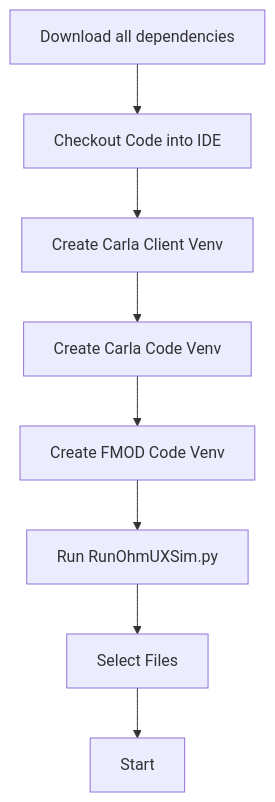
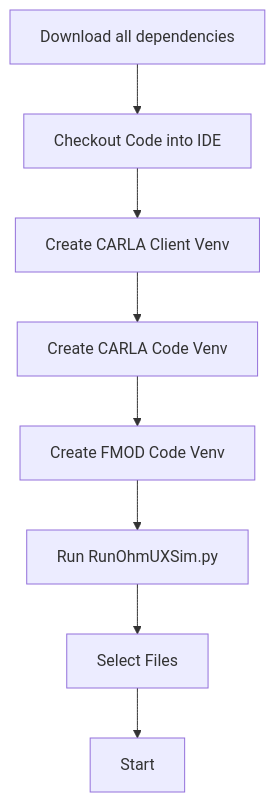
Before and after one commit to yjikong/carla-audio-engine: the diagram in README.md, drawn with Mermaid. The commit also changed other lines of this file, not shown here.

````diff
--- a/README.md
+++ b/README.md
@@ -42,10 +42,10 @@
 ```mermaid
 flowchart TD
   A[Download all dependencies] --> B[Checkout Code into IDE]
-  B --> C[Create Carla Client Venv]
-  C --> D[Create Carla Code Venv]
+  B --> C[Create CARLA Client Venv]
+  C --> D[Create CARLA Code Venv]
   D --> E[Create FMOD Code Venv]
   E --> F[Run RunOhmUXSim.py]
   F --> G[Select Files]
   G --> H[Start]
 ```
````
